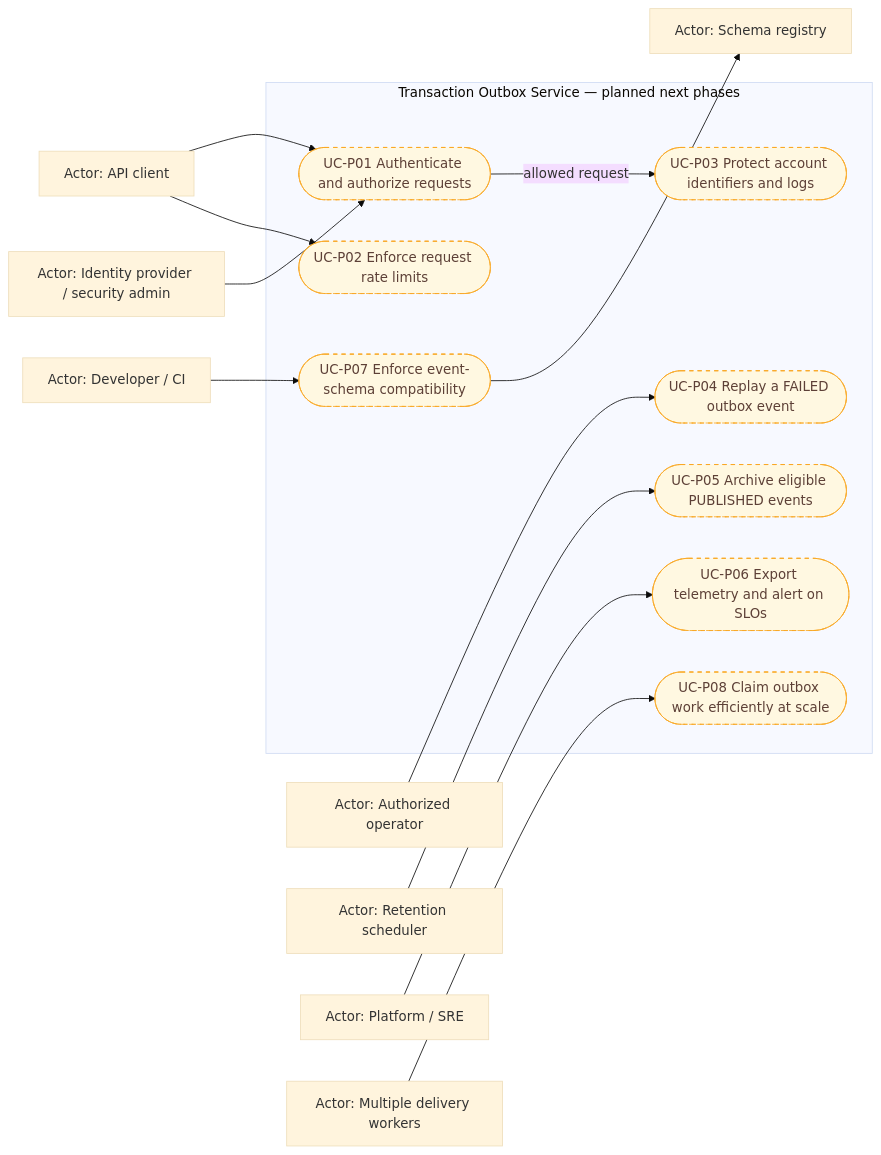
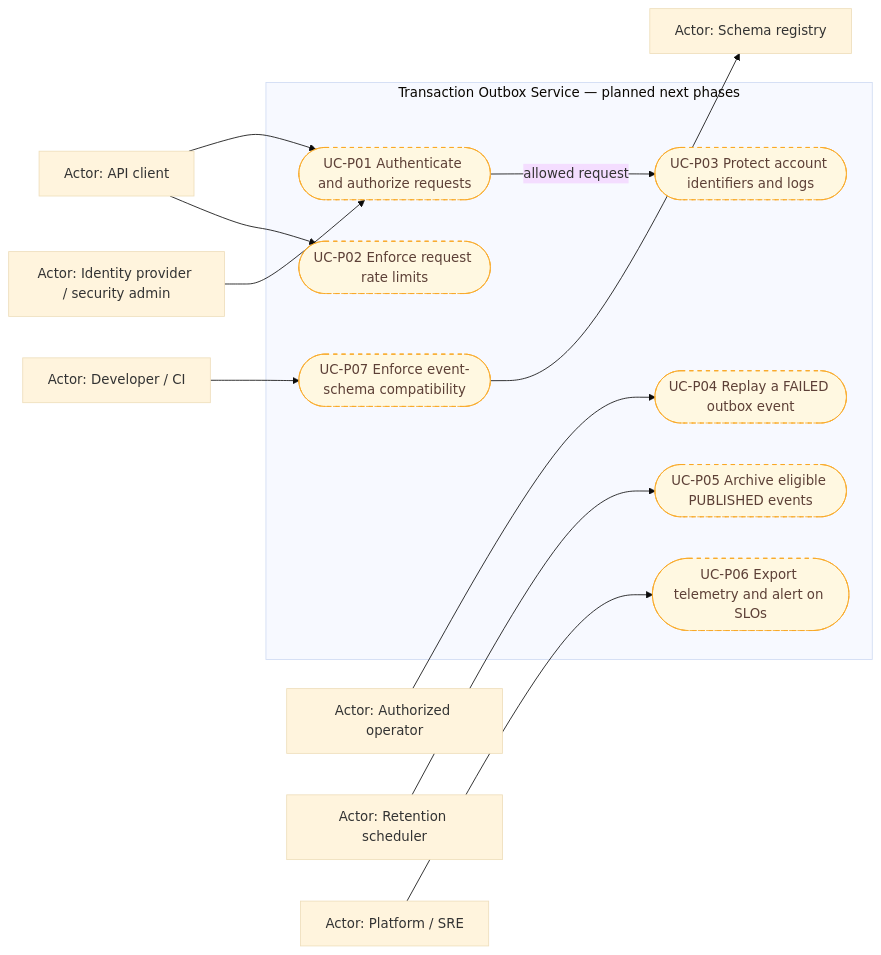
The third of 3 diagrams in docs/use-cases.md (tarunngusain08/transaction-outbox-service), drawn with Mermaid (base theme) before and after one commit. The commit also changed other lines of this file and 62 other files, not shown here.

````diff
--- a/docs/use-cases.md
+++ b/docs/use-cases.md
@@ -112,36 +112,33 @@
 ```mermaid
 flowchart LR
     apiClient["Actor: API client"]
     identity["Actor: Identity provider / security admin"]
     operator["Actor: Authorized operator"]
     retention["Actor: Retention scheduler"]
     platform["Actor: Platform / SRE"]
-    deliveryWorkers["Actor: Multiple delivery workers"]
     deliveryTeam["Actor: Developer / CI"]
     schemaRegistry["Actor: Schema registry"]
 
     subgraph planned["Transaction Outbox Service — planned next phases"]
         p01(["UC-P01 Authenticate and authorize requests"])
         p02(["UC-P02 Enforce request rate limits"])
         p03(["UC-P03 Protect account identifiers and logs"])
         p04(["UC-P04 Replay a FAILED outbox event"])
         p05(["UC-P05 Archive eligible PUBLISHED events"])
         p06(["UC-P06 Export telemetry and alert on SLOs"])
         p07(["UC-P07 Enforce event-schema compatibility"])
-        p08(["UC-P08 Claim outbox work efficiently at scale"])
     end
 
     apiClient --> p01
     identity --> p01
     apiClient --> p02
     p01 -->|allowed request| p03
     operator --> p04
     retention --> p05
     platform --> p06
     deliveryTeam --> p07
     p07 --> schemaRegistry
-    deliveryWorkers --> p08
 
     classDef planned fill:#fff8e1,stroke:#f9a825,color:#5d4037,stroke-dasharray:5 5;
-    class p01,p02,p03,p04,p05,p06,p07,p08 planned;
+    class p01,p02,p03,p04,p05,p06,p07 planned;
 ```
````
